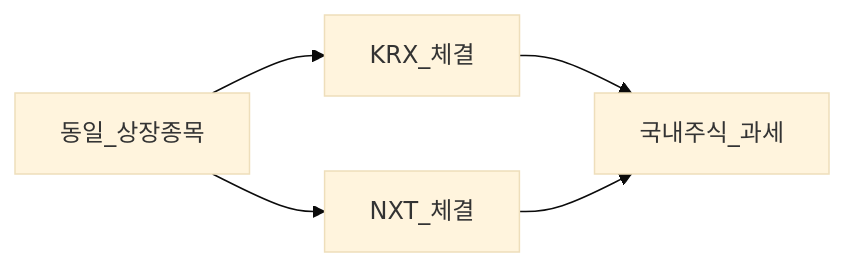
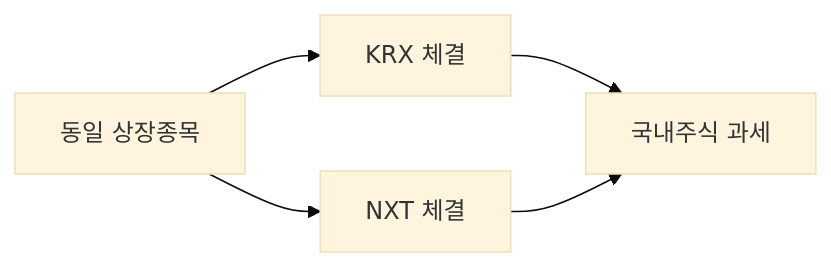
The second of 2 diagrams in 06-korea-policy/tax/domestic-stocks-tax.md (goldanghenry/Finances), drawn with Mermaid (base theme) before and after one commit. The commit also changed other lines of this file and 211 other files, not shown here.

````diff
--- a/06-korea-policy/tax/domestic-stocks-tax.md
+++ b/06-korea-policy/tax/domestic-stocks-tax.md
@@ -96,7 +107,7 @@
 ```mermaid
 flowchart LR
-  Stock[동일_상장종목] --> KRX[KRX_체결]
-  Stock --> NXT[NXT_체결]
-  KRX --> Tax[국내주식_과세]
+  Stock["동일 상장종목"] --> KRX["KRX 체결"]
+  Stock --> NXT["NXT 체결"]
+  KRX --> Tax["국내주식 과세"]
   NXT --> Tax
 ```
````
